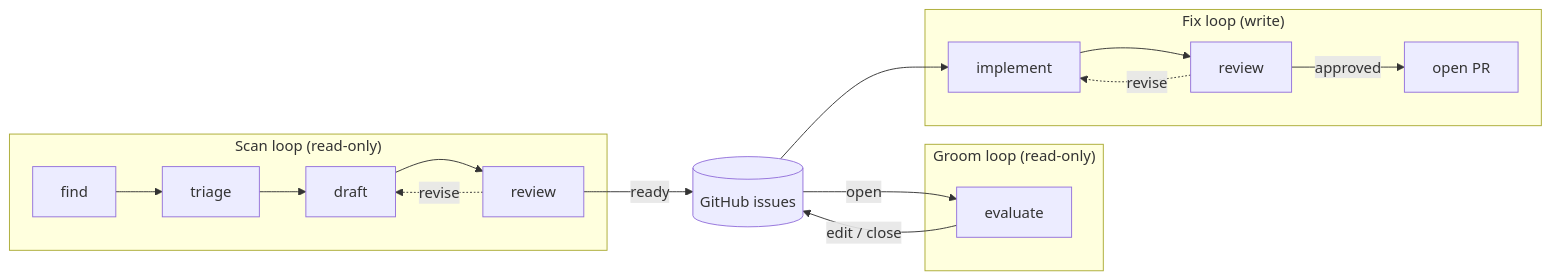
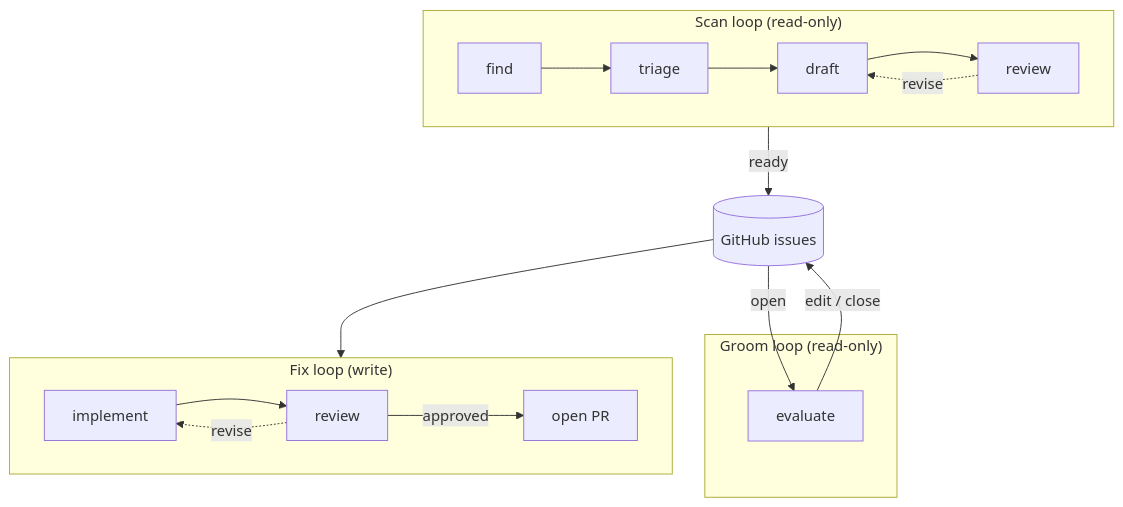
One commit to ooloth/agency changed the diagram in README.md. Above: the diagram before and after it, drawn with Mermaid.

Commit message:
readme: switch diagram to top-down layout
The LR flowchart with the groom cycle caused Mermaid to scatter
nodes — fix was pushed off-screen, groom dangled below issues, and
'open PR' was clipped on narrow viewports.

Switched to flowchart TD for the overall spine (scan → issues →
fix flowing top-to-bottom) with direction LR inside each subgraph
so pipeline steps still read left-to-right. The result is taller
and narrower, fitting the README column width without shrinking.

````diff
--- a/README.md
+++ b/README.md
@@ -13,19 +13,21 @@
 ```mermaid
-flowchart LR
+flowchart TD
     subgraph scan["Scan loop (read-only)"]
+        direction LR
         S1[find] --> S2[triage] --> S3[draft] --> S4[review]
         S4 -.->|revise| S3
     end
     S4 -->|ready| issues[(GitHub issues)]
     subgraph groom["Groom loop (read-only)"]
         G1[evaluate]
     end
     issues -->|open| G1
     G1 -->|edit / close| issues
     issues --> F1
     subgraph fix["Fix loop (write)"]
+        direction LR
         F1[implement] --> F2[review]
         F2 -.->|revise| F1
         F2 -->|approved| F3[open PR]
     end
 ```
````
